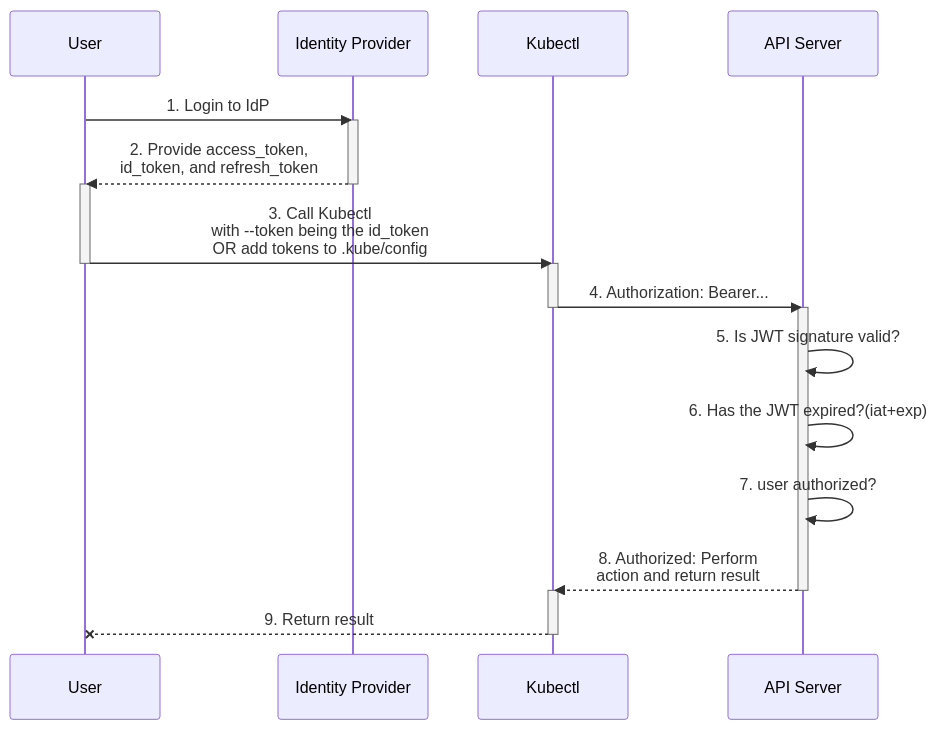
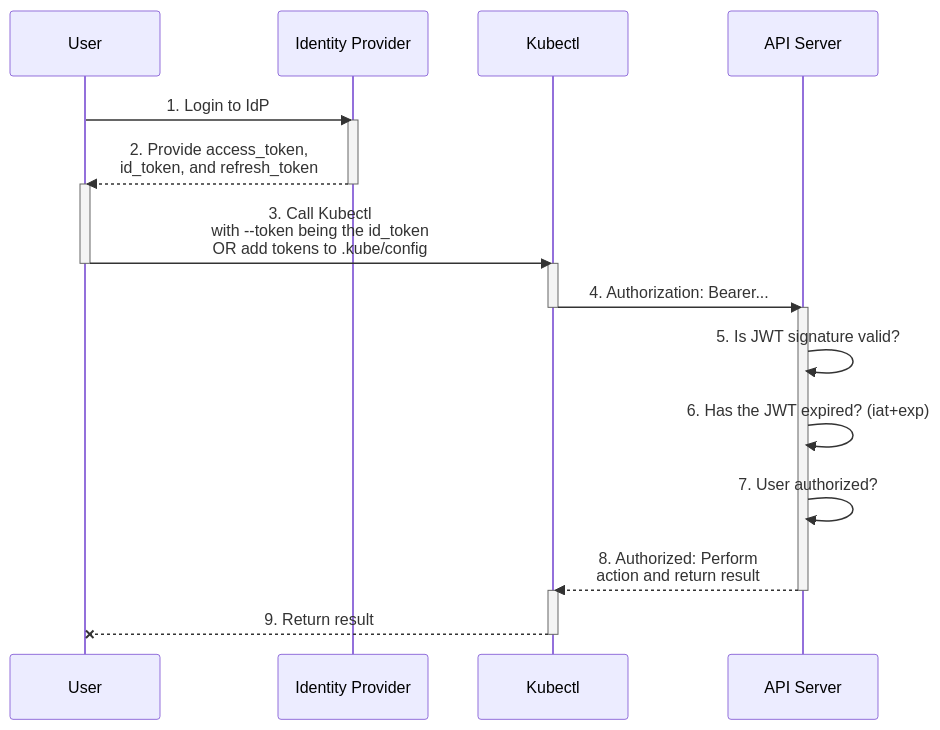
Before and after one commit to KimSJ15/kubernetes_website: the diagram in content/en/docs/reference/access-authn-authz/authentication.md, drawn with Mermaid.

Commit message:
Fix the text in the authorization diagram

```diff
--- a/content/en/docs/reference/access-authn-authz/authentication.md
+++ b/content/en/docs/reference/access-authn-authz/authentication.md
@@ -285,27 +285,27 @@
 {{< mermaid >}}
 sequenceDiagram
     participant user as User
     participant idp as Identity Provider
     participant kube as Kubectl
     participant api as API Server
 
     user ->> idp: 1. Login to IdP
     activate idp
     idp -->> user: 2. Provide access_token,<br>id_token, and refresh_token
     deactivate idp
     activate user
     user ->> kube: 3. Call Kubectl<br>with --token being the id_token<br>OR add tokens to .kube/config
     deactivate user
     activate kube
     kube ->> api: 4. Authorization: Bearer...
     deactivate kube
     activate api
     api ->> api: 5. Is JWT signature valid?
-    api ->> api: 6. Has the JWT expired?(iat+exp)
-    api ->> api: 7. user authorized?
+    api ->> api: 6. Has the JWT expired? (iat+exp)
+    api ->> api: 7. User authorized?
     api -->> kube: 8. Authorized: Perform<br>action and return result
     deactivate api
     activate kube
     kube --x user: 9. Return result
     deactivate kube
 {{< /mermaid >}}
```
